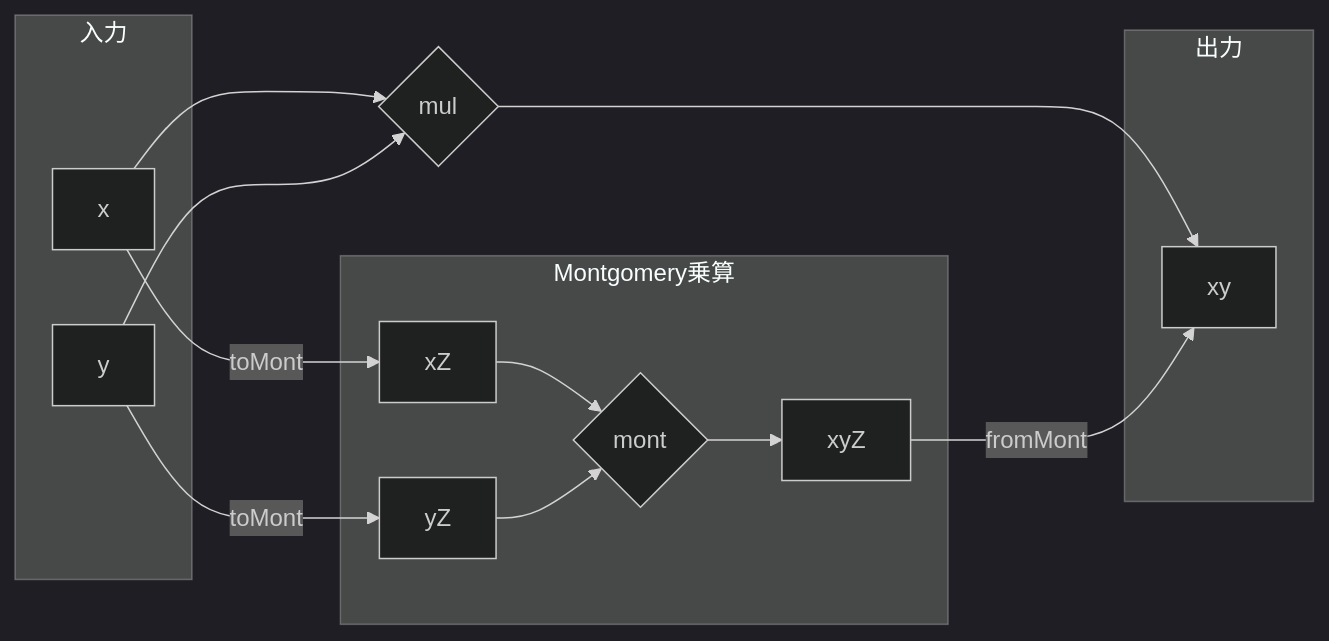
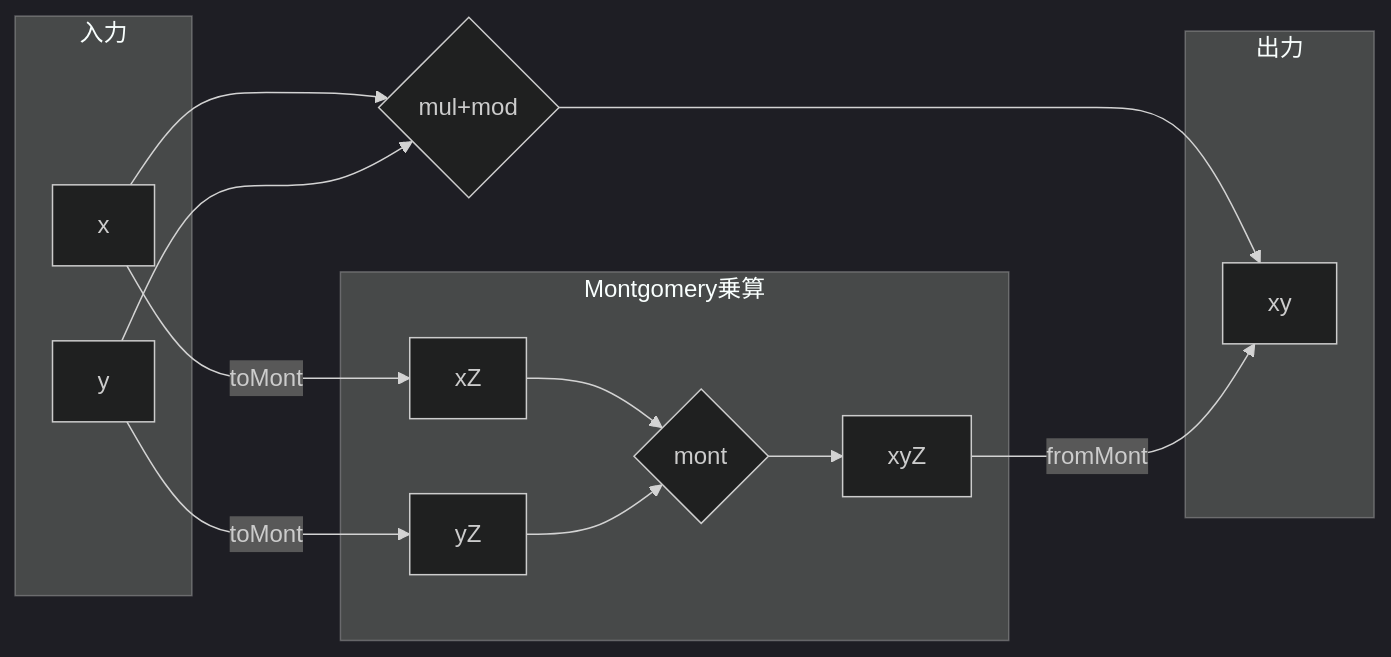
The diagram in articles/finite-field-04-mul.md (herumi/blog), drawn with Mermaid (dark theme) before and after one commit. The commit also changed other lines of this file and 1 other file, not shown here.

````diff
--- a/articles/finite-field-04-mul.md
+++ b/articles/finite-field-04-mul.md
@@ -42,21 +41,21 @@
 ```mermaid
 flowchart LR
-  x --> mul{mul}
+  x --> mul{mul+mod}
   y --> mul
   mul --> xy
   subgraph 入力
   x
   y
   end
   subgraph 出力
   xy
   end
   x -- toMont -->xZ
   y -- toMont -->yZ
   subgraph Montgomery乗算
     xZ --> mont{mont}
     yZ --> mont
     mont --> xyZ
   end
   xyZ -- fromMont --> xy
 ```
````
